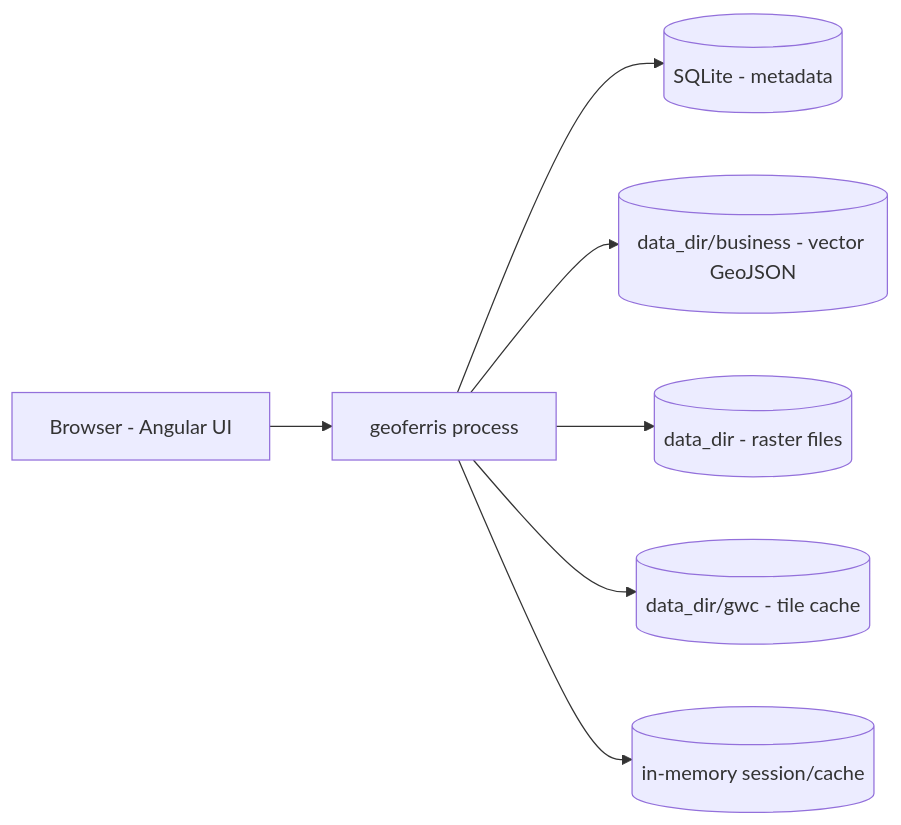
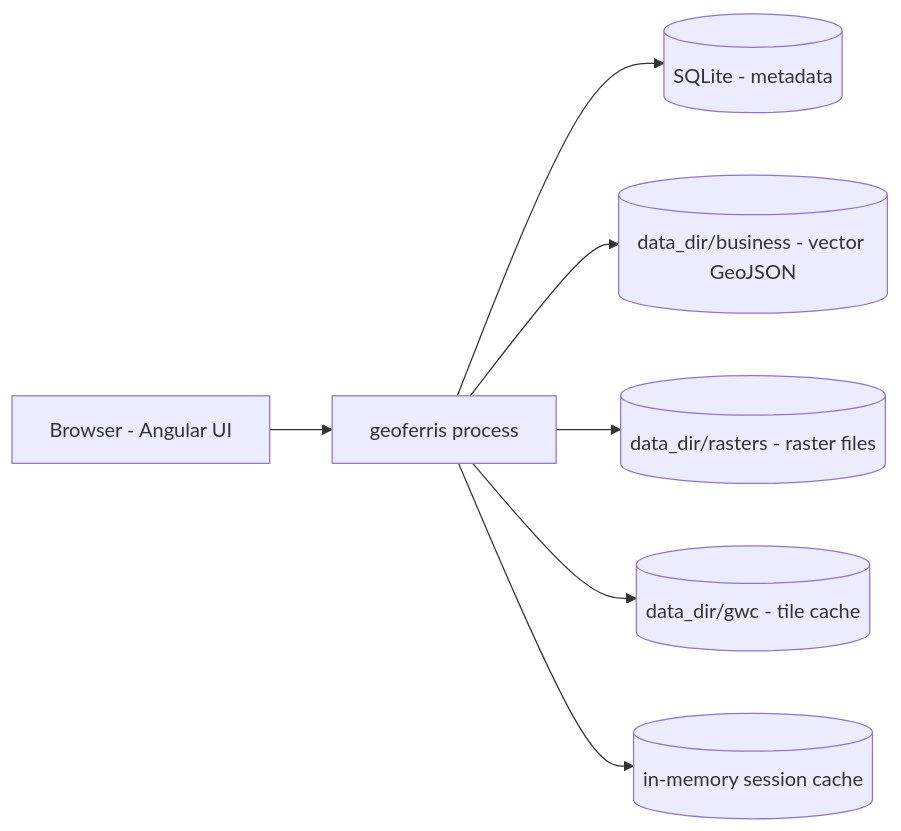
One commit to kakach96/Terrane changed the second of 7 diagrams in docs/ARCHITECTURE.md. Above: the diagram before and after it, drawn with Mermaid. The commit also changed other lines of this file and 29 other files, not shown here.

Commit message:
feat: split vector/raster/cache storage configs with local backends and abstractions

````diff
--- a/docs/ARCHITECTURE.md
+++ b/docs/ARCHITECTURE.md
@@ -102,17 +117,17 @@
 ```mermaid
 graph LR
     Browser[Browser - Angular UI]
     App[geoferris process]
     SQLite[(SQLite - metadata)]
     LocalDir[(data_dir/business - vector GeoJSON)]
-    LocalRaster[(data_dir - raster files)]
+    LocalRaster[(data_dir/rasters - raster files)]
     DiskCache[(data_dir/gwc - tile cache)]
-    Mem[(in-memory session/cache)]
+    Mem[(in-memory session cache)]
 
     Browser --> App
     App --> SQLite
     App --> LocalDir
     App --> LocalRaster
     App --> DiskCache
     App --> Mem
 ```
````
